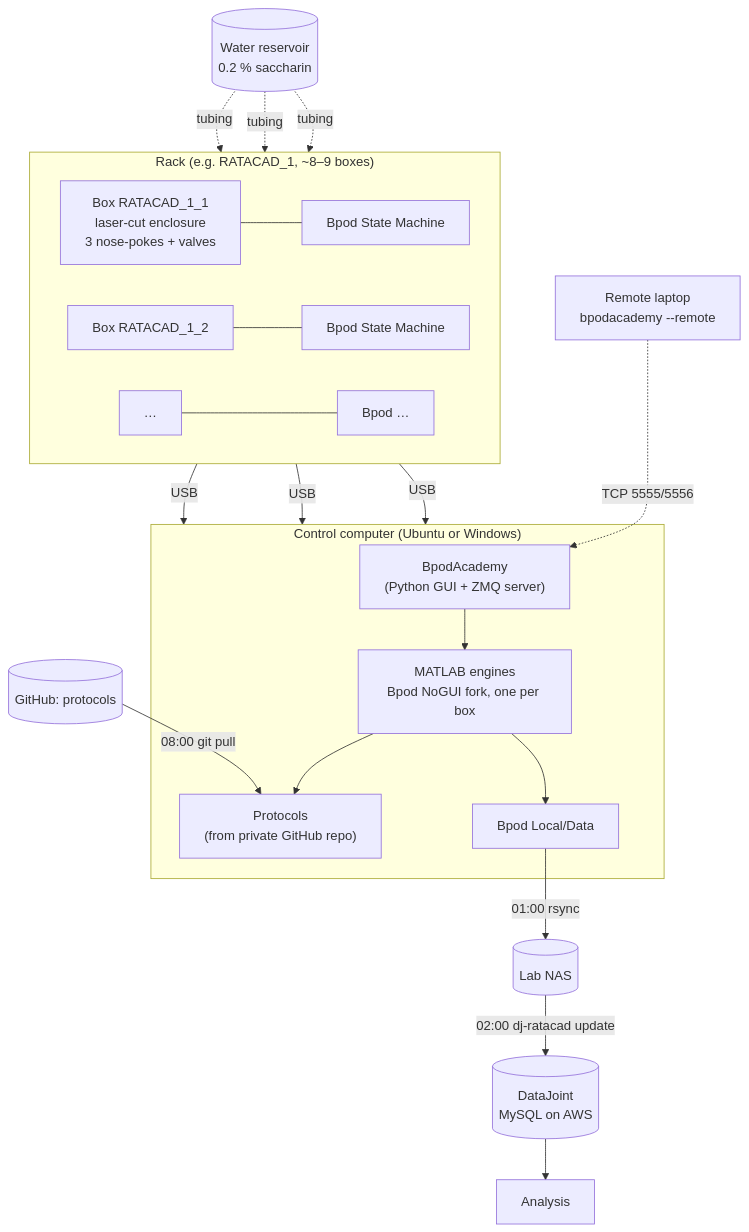
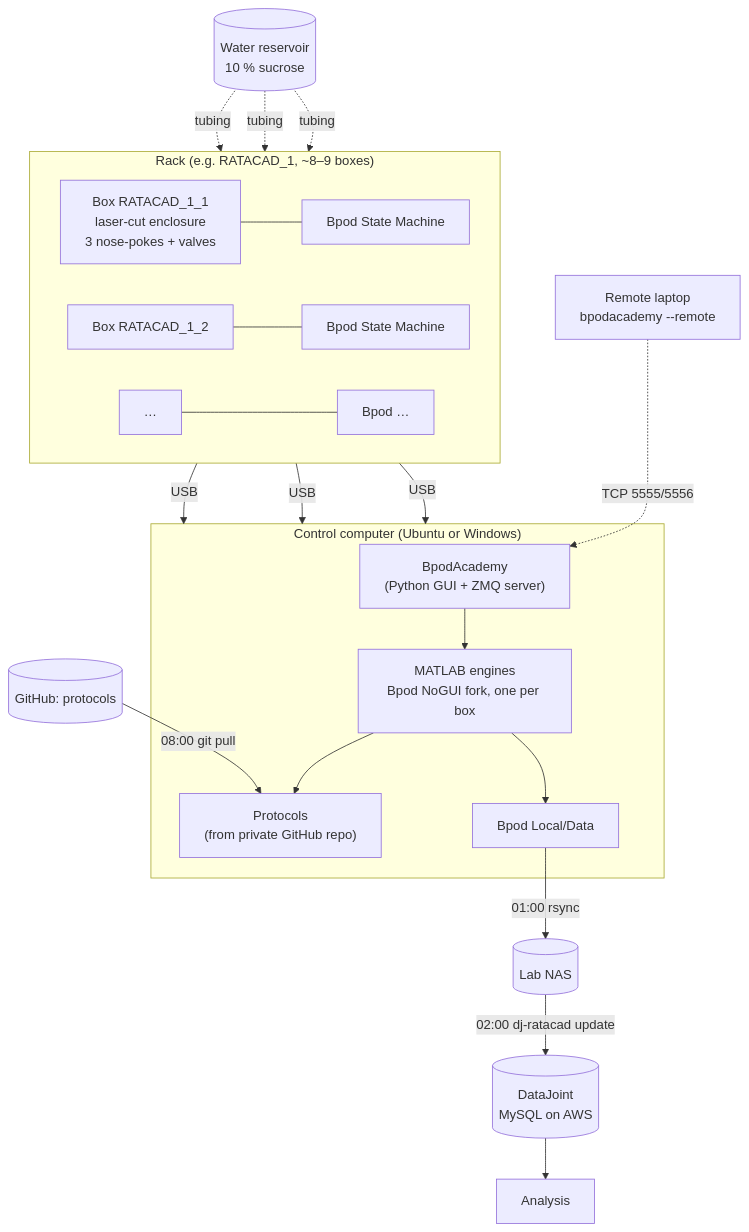
The diagram in docs/overview/architecture.md (RatAcad/ratacademyGuide), drawn with Mermaid before and after one commit. The commit also changed 2 other files, not shown here.

Commit message:
Use 10% sucrose (not saccharin) in water reservoirs

````diff
--- a/docs/overview/architecture.md
+++ b/docs/overview/architecture.md
@@ -7,23 +7,23 @@
 ```mermaid
 flowchart TB
     subgraph rack["Rack (e.g. RATACAD_1, ~8–9 boxes)"]
         direction LR
         bx1["Box RATACAD_1_1<br/>laser-cut enclosure<br/>3 nose-pokes + valves"] --- bp1[Bpod State Machine]
         bx2["Box RATACAD_1_2"] --- bp2[Bpod State Machine]
         bxn["…"] --- bpn[Bpod …]
     end
-    W[("Water reservoir<br/>0.2 % saccharin")] -. tubing .-> bx1 & bx2 & bxn
+    W[("Water reservoir<br/>10 % sucrose")] -. tubing .-> bx1 & bx2 & bxn
     bp1 & bp2 & bpn -- USB --> PC
 
     subgraph PC["Control computer (Ubuntu or Windows)"]
         BA["BpodAcademy<br/>(Python GUI + ZMQ server)"] --> ML["MATLAB engines<br/>Bpod NoGUI fork, one per box"]
         ML --> PR["Protocols<br/>(from private GitHub repo)"]
         ML --> DATA["Bpod Local/Data"]
     end
 
     GH[(GitHub: protocols)] -- "08:00 git pull" --> PR
     DATA -- "01:00 rsync" --> NAS[(Lab NAS)]
     NAS -- "02:00 dj-ratacad update" --> DB[("DataJoint<br/>MySQL on AWS")]
     DB --> AN[Analysis]
     REM[Remote laptop<br/>bpodacademy --remote] -. "TCP 5555/5556" .-> BA
 ```
````
